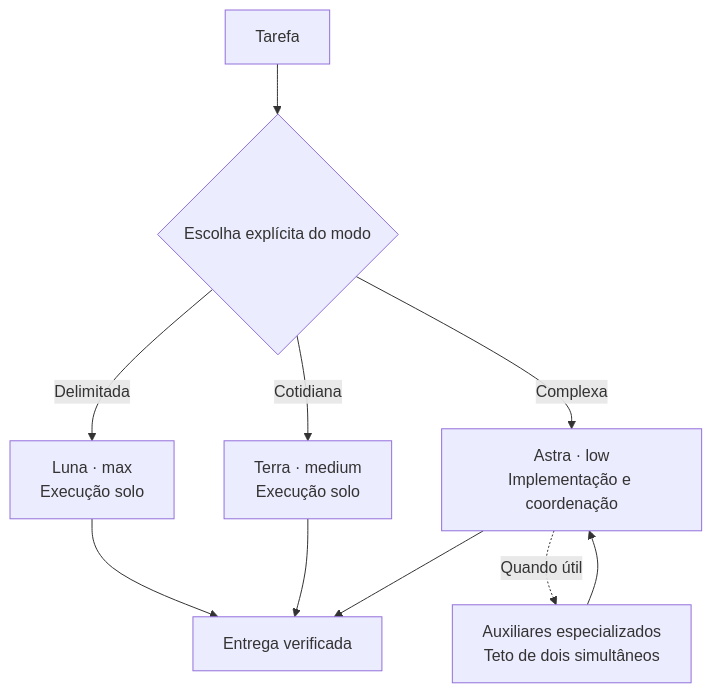
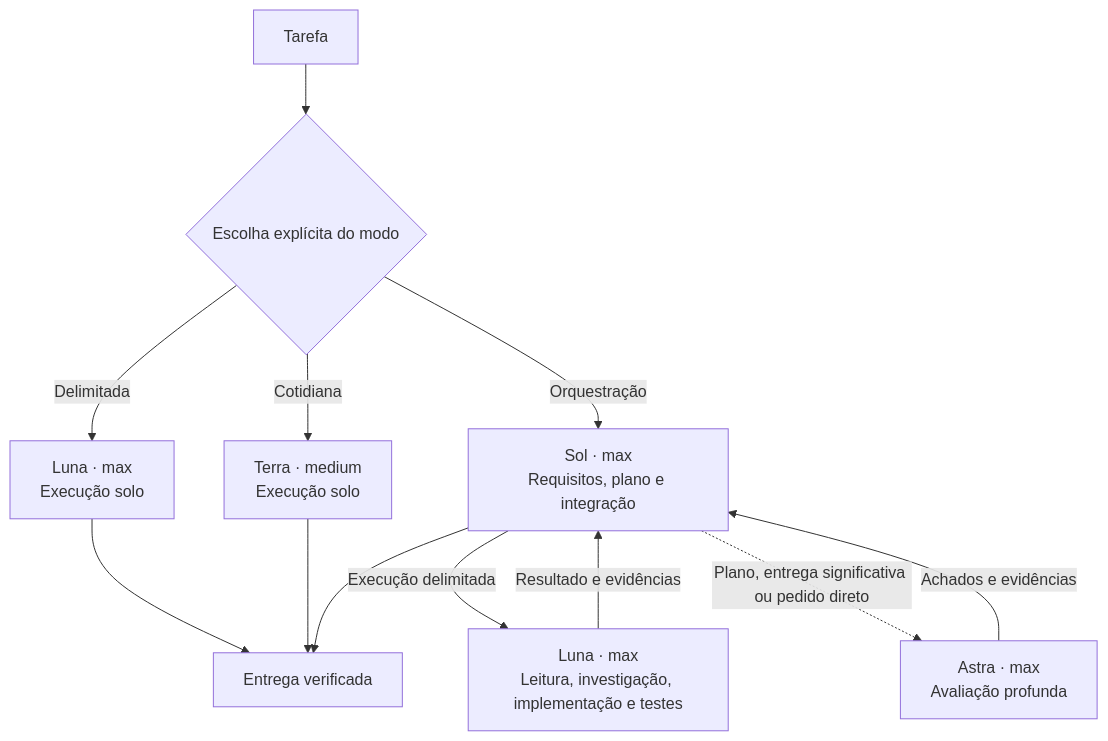
One commit to luisjuniorj/codex-project-orchestrator changed the diagram in docs/architecture.md. Above: the diagram before and after it, drawn with Mermaid. The commit also changed other lines of this file and 14 other files, not shown here.

Commit message:
feat: orchestrate with Sol, Luna and selective Astra review

````diff
--- a/docs/architecture.md
+++ b/docs/architecture.md
@@ -7,12 +7,14 @@
 ```mermaid
 flowchart TD
     T["Tarefa"] --> M{"Escolha explícita do modo"}
     M -->|"Delimitada"| L["Luna · max<br/>Execução solo"]
     M -->|"Cotidiana"| E["Terra · medium<br/>Execução solo"]
-    M -->|"Complexa"| A["Astra · low<br/>Implementação e coordenação"]
-    A -. "Quando útil" .-> S["Auxiliares especializados<br/>Teto de dois simultâneos"]
-    S --> A
+    M -->|"Orquestração"| S["Sol · max<br/>Requisitos, plano e integração"]
+    S -->|"Execução delimitada"| W["Luna · max<br/>Leitura, investigação, implementação e testes"]
+    W -->|"Resultado e evidências"| S
+    S -. "Plano, entrega significativa ou pedido direto" .-> A["Astra · max<br/>Avaliação profunda"]
+    A -->|"Achados e evidências"| S
     L --> F["Entrega verificada"]
     E --> F
-    A --> F
+    S --> F
 ```
````
